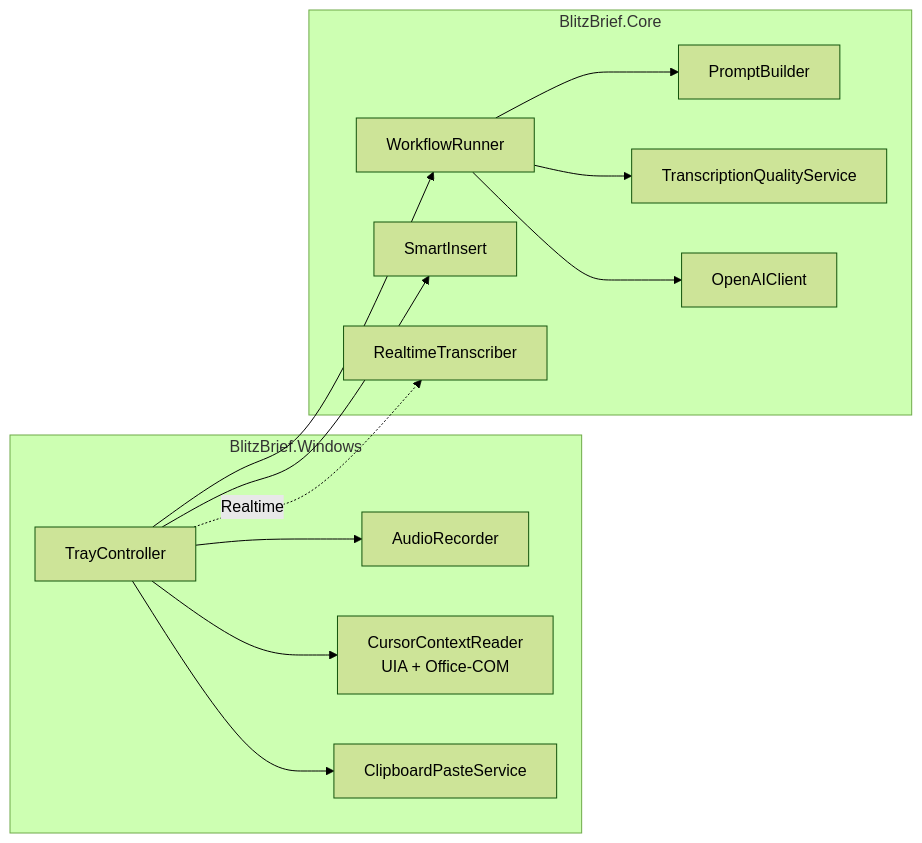
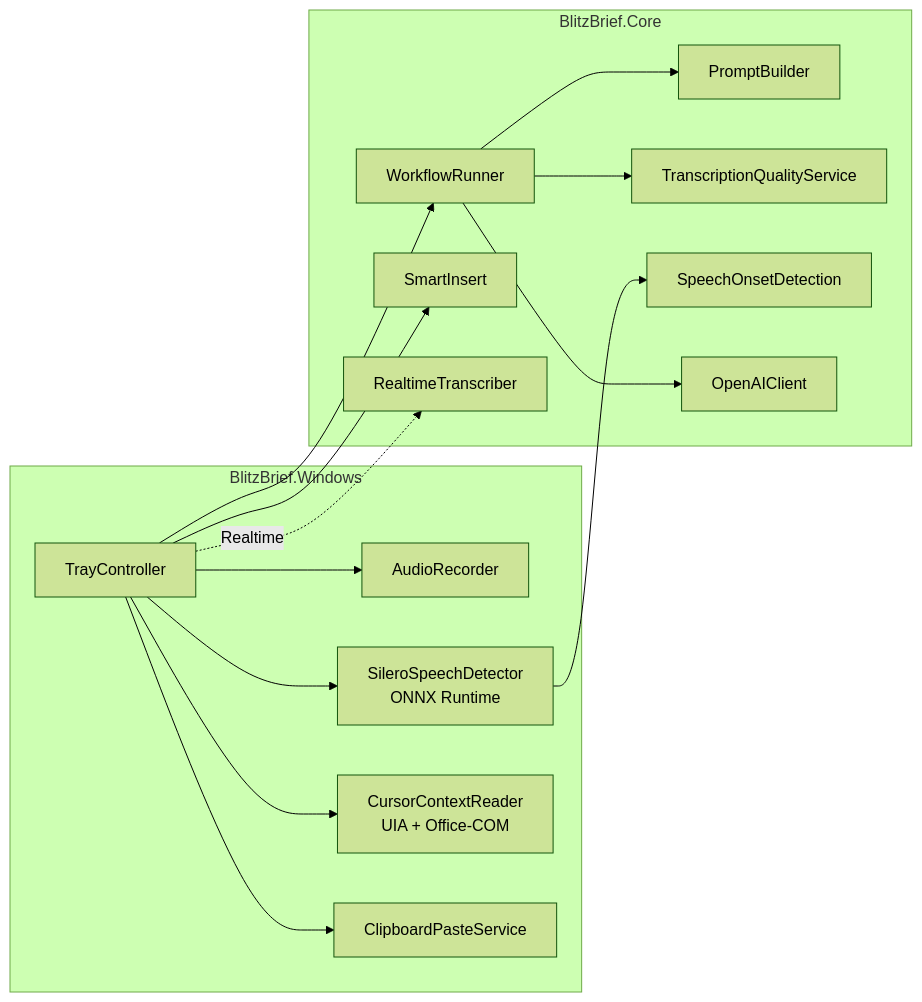
One commit to florianpohl666/blitzbrief changed the first of 6 diagrams in docs/technische-doku.md. Above: the diagram before and after it, drawn with Mermaid (forest theme). The commit also changed other lines of this file and 20 other files, not shown here.

````diff
--- a/docs/technische-doku.md
+++ b/docs/technische-doku.md
@@ -18,26 +18,30 @@
 ```mermaid
 flowchart LR
     subgraph Windows[BlitzBrief.Windows]
         TC[TrayController]
         AR[AudioRecorder]
-        CCR[CursorContextReader<br/>UIA + Office-COM]
+        SVD["SileroSpeechDetector<br/>ONNX Runtime"]
+        CCR["CursorContextReader<br/>UIA + Office-COM"]
         CPS[ClipboardPasteService]
     end
     subgraph Core[BlitzBrief.Core]
         WR[WorkflowRunner]
         PB[PromptBuilder]
         TQS[TranscriptionQualityService]
+        SOD[SpeechOnsetDetection]
         SI[SmartInsert]
         RT[RealtimeTranscriber]
         OAI[OpenAIClient]
     end
     TC --> AR
+    TC --> SVD
     TC --> CCR
     TC --> WR
     TC --> CPS
+    SVD --> SOD
     WR --> PB
     WR --> TQS
     WR --> OAI
     TC -. Realtime .-> RT
     TC --> SI
 ```
````
